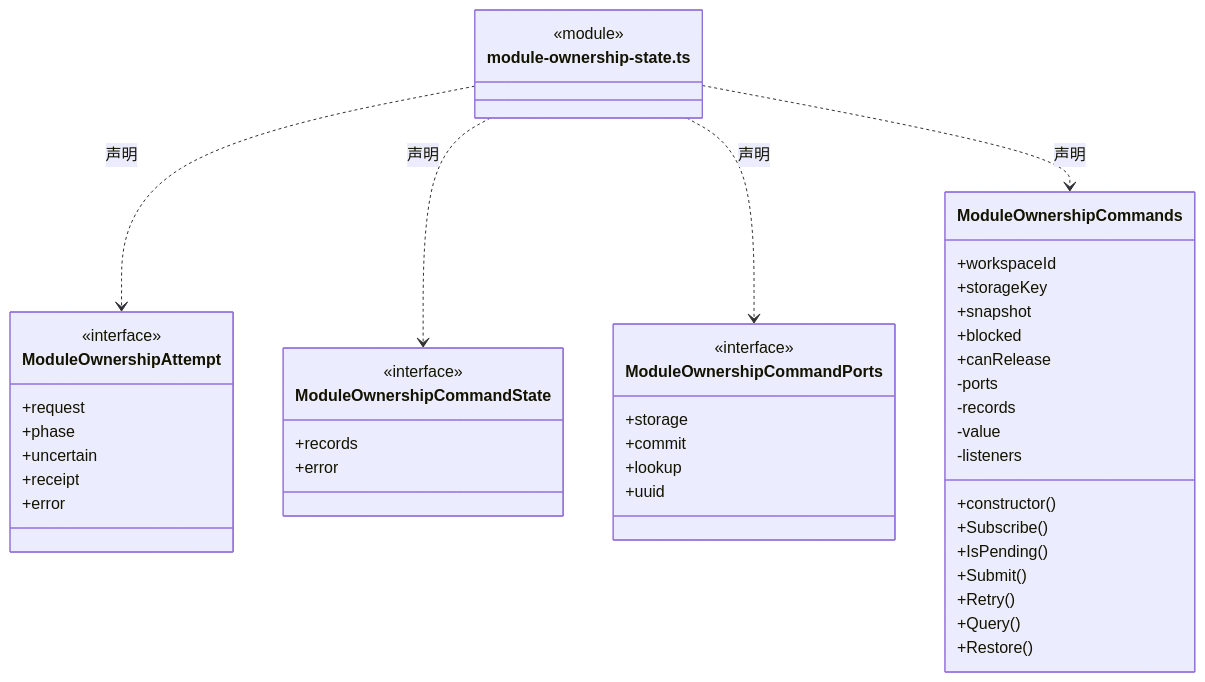
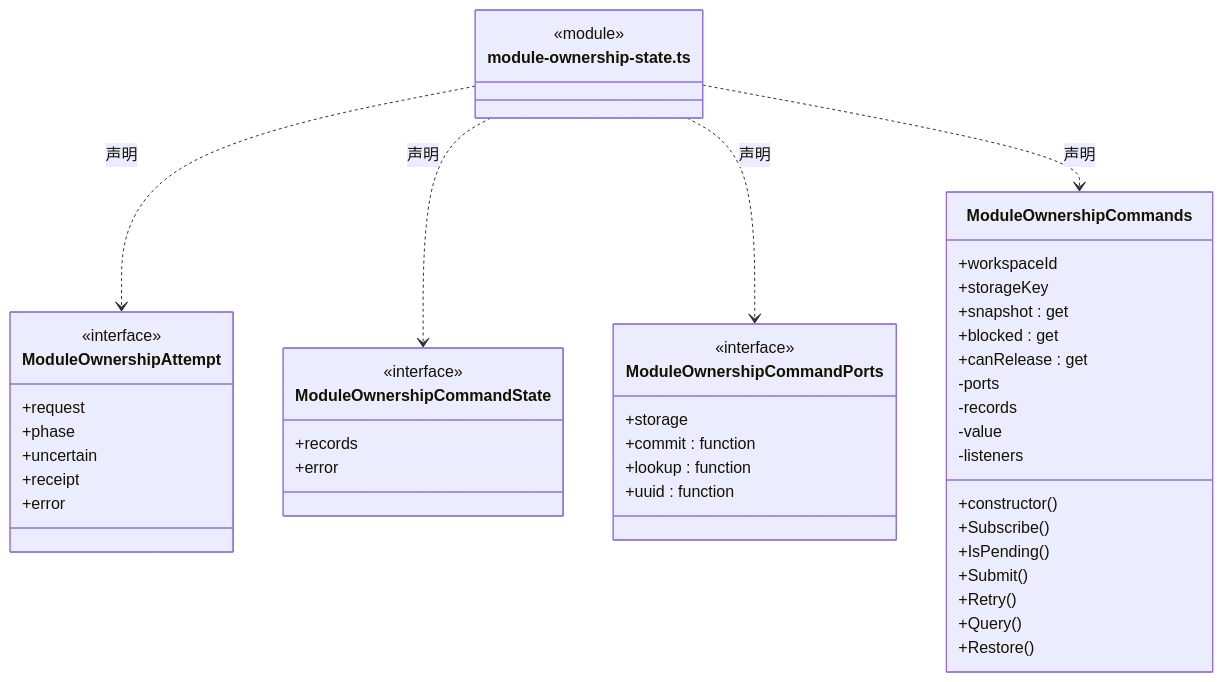
Before and after one commit to nan023062/cbim: the seventh of 20 diagrams in src/view/workspace/ARCHITECTURE.md, drawn with Mermaid. The commit also changed other lines of this file and 137 other files, not shown here.

Commit message:
fix: align architecture generator with documentation standards

````diff
--- a/src/view/workspace/ARCHITECTURE.md
+++ b/src/view/workspace/ARCHITECTURE.md
@@ -286,48 +293,48 @@
 ```mermaid
 classDiagram
 class N_src_view_workspace_module_ownership_state_ts["module-ownership-state.ts"] {
   <<module>>
 }
 class N_src_view_workspace_module_ownership_state_ts_ModuleOwnershipAttempt["ModuleOwnershipAttempt"] {
   <<interface>>
   +request
   +phase
   +uncertain
   +receipt
   +error
 }
 N_src_view_workspace_module_ownership_state_ts ..> N_src_view_workspace_module_ownership_state_ts_ModuleOwnershipAttempt : 声明
 class N_src_view_workspace_module_ownership_state_ts_ModuleOwnershipCommandState["ModuleOwnershipCommandState"] {
   <<interface>>
   +records
   +error
 }
 N_src_view_workspace_module_ownership_state_ts ..> N_src_view_workspace_module_ownership_state_ts_ModuleOwnershipCommandState : 声明
 class N_src_view_workspace_module_ownership_state_ts_ModuleOwnershipCommandPorts["ModuleOwnershipCommandPorts"] {
   <<interface>>
   +storage
-  +commit
-  +lookup
-  +uuid
+  +commit : function
+  +lookup : function
+  +uuid : function
 }
 N_src_view_workspace_module_ownership_state_ts ..> N_src_view_workspace_module_ownership_state_ts_ModuleOwnershipCommandPorts : 声明
 class N_src_view_workspace_module_ownership_state_ts_ModuleOwnershipCommands["ModuleOwnershipCommands"] {
   +workspaceId
   +storageKey
   +constructor()
-  +snapshot
-  +blocked
-  +canRelease
+  +snapshot : get
+  +blocked : get
+  +canRelease : get
   +Subscribe()
   +IsPending()
   +Submit()
   +Retry()
   +Query()
   +Restore()
   -ports
   -records
   -value
   -listeners
 }
 N_src_view_workspace_module_ownership_state_ts ..> N_src_view_workspace_module_ownership_state_ts_ModuleOwnershipCommands : 声明
 ```
````
